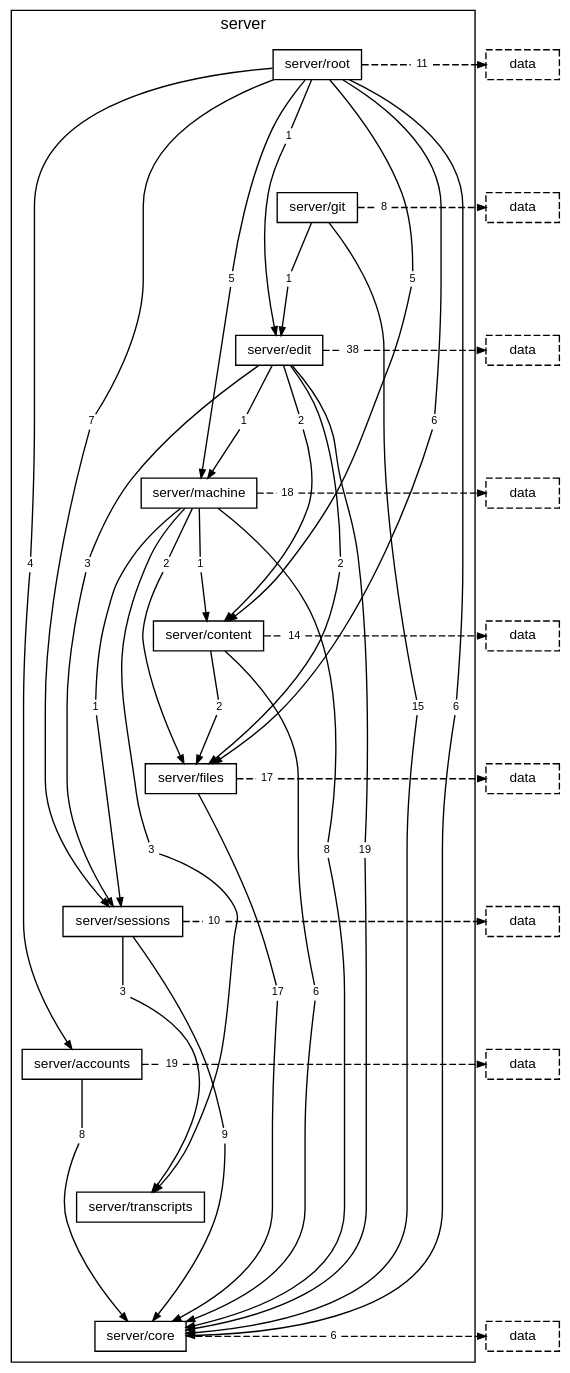
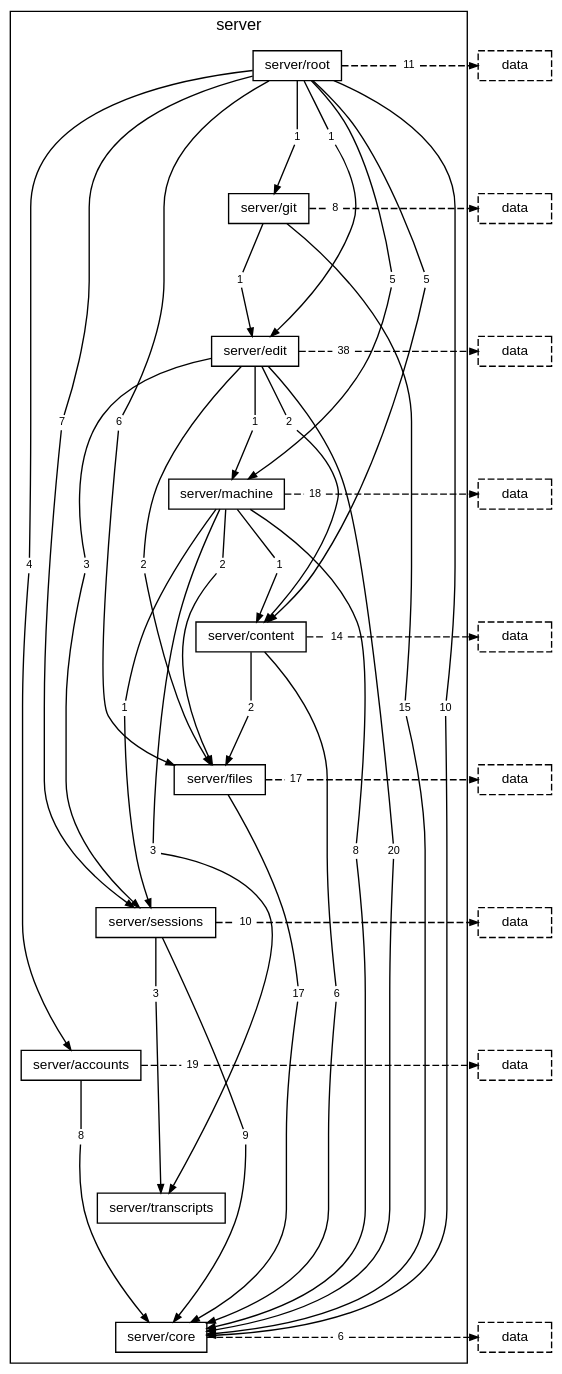
One commit to TheAxeC/oculus changed the diagram in docs/diagrams/layer-server.dot. Above: the diagram before and after it, drawn with Graphviz. The commit also changed 30 other files, not shown here.

```diff
--- a/docs/diagrams/layer-server.dot
+++ b/docs/diagrams/layer-server.dot
@@ -16,9 +16,10 @@
         "folder server/core" [label="server/core"];
         "folder server/root to folder server/accounts" [label="4", shape=box, color="transparent", fontsize=8, width=0, height=0, margin="0.04,0.02"];
         "folder server/root to folder server/content" [label="5", shape=box, color="transparent", fontsize=8, width=0, height=0, margin="0.04,0.02"];
-        "folder server/root to folder server/core" [label="6", shape=box, color="transparent", fontsize=8, width=0, height=0, margin="0.04,0.02"];
+        "folder server/root to folder server/core" [label="10", shape=box, color="transparent", fontsize=8, width=0, height=0, margin="0.04,0.02"];
         "folder server/root to folder server/edit" [label="1", shape=box, color="transparent", fontsize=8, width=0, height=0, margin="0.04,0.02"];
         "folder server/root to folder server/files" [label="6", shape=box, color="transparent", fontsize=8, width=0, height=0, margin="0.04,0.02"];
+        "folder server/root to folder server/git" [label="1", shape=box, color="transparent", fontsize=8, width=0, height=0, margin="0.04,0.02"];
         "folder server/root to folder server/machine" [label="5", shape=box, color="transparent", fontsize=8, width=0, height=0, margin="0.04,0.02"];
         "folder server/root to folder server/sessions" [label="7", shape=box, color="transparent", fontsize=8, width=0, height=0, margin="0.04,0.02"];
         "folder server/root to layer data" [label="11", shape=box, color="transparent", fontsize=8, width=0, height=0, margin="0.04,0.02"];
@@ -26,7 +27,7 @@
         "folder server/git to folder server/edit" [label="1", shape=box, color="transparent", fontsize=8, width=0, height=0, margin="0.04,0.02"];
         "folder server/git to layer data" [label="8", shape=box, color="transparent", fontsize=8, width=0, height=0, margin="0.04,0.02"];
         "folder server/edit to folder server/content" [label="2", shape=box, color="transparent", fontsize=8, width=0, height=0, margin="0.04,0.02"];
-        "folder server/edit to folder server/core" [label="19", shape=box, color="transparent", fontsize=8, width=0, height=0, margin="0.04,0.02"];
+        "folder server/edit to folder server/core" [label="20", shape=box, color="transparent", fontsize=8, width=0, height=0, margin="0.04,0.02"];
         "folder server/edit to folder server/files" [label="2", shape=box, color="transparent", fontsize=8, width=0, height=0, margin="0.04,0.02"];
         "folder server/edit to folder server/machine" [label="1", shape=box, color="transparent", fontsize=8, width=0, height=0, margin="0.04,0.02"];
         "folder server/edit to folder server/sessions" [label="3", shape=box, color="transparent", fontsize=8, width=0, height=0, margin="0.04,0.02"];
@@ -77,6 +78,8 @@
     "folder server/root to folder server/edit" -> "folder server/edit" [];
     "folder server/root" -> "folder server/root to folder server/files" [arrowhead=none, minlen=5, weight=10];
     "folder server/root to folder server/files" -> "folder server/files" [];
+    "folder server/root" -> "folder server/root to folder server/git" [arrowhead=none, minlen=1, weight=10];
+    "folder server/root to folder server/git" -> "folder server/git" [];
     "folder server/root" -> "folder server/root to folder server/machine" [arrowhead=none, minlen=3, weight=10];
     "folder server/root to folder server/machine" -> "folder server/machine" [];
     "folder server/root" -> "folder server/root to folder server/sessions" [arrowhead=none, minlen=5, weight=10];
```
